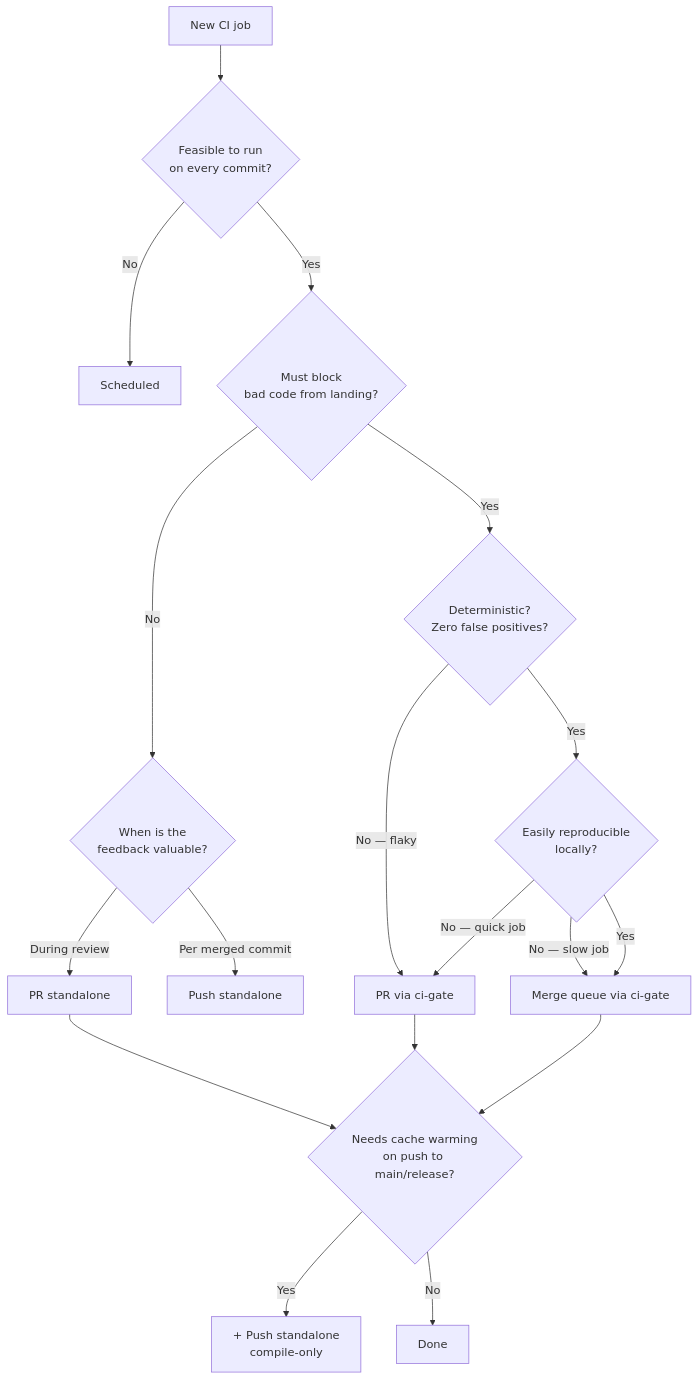
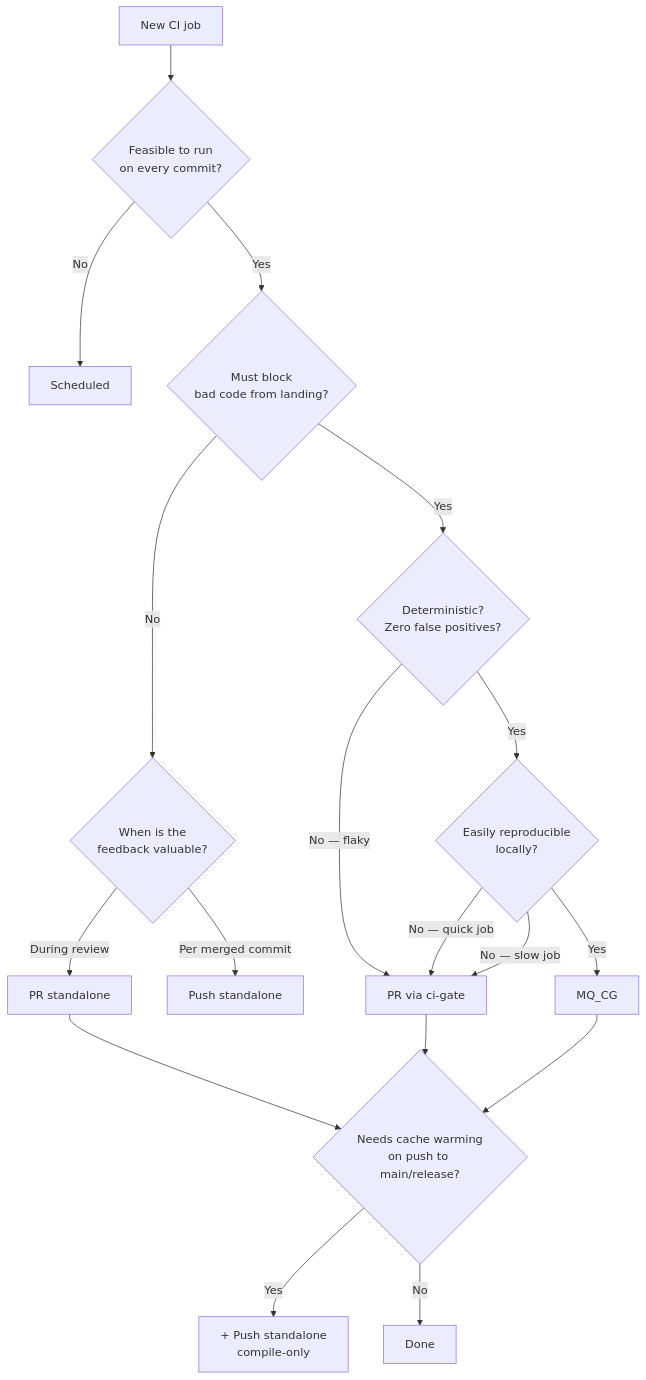
The diagram in CI-GUIDELINES.md (erigontech/erigon), drawn with Mermaid before and after one commit.

Commit message:
CI-GUIDELINES: fix decision tree contradiction for slow non-reproducible jobs
Non-reproducible jobs belong in the PR bucket regardless of speed,
consistent with the Merge queue section's contract.

````diff
--- a/CI-GUIDELINES.md
+++ b/CI-GUIDELINES.md
@@ -5,24 +5,24 @@
 ```mermaid
 flowchart TD
     A[New CI job] --> B{Feasible to run\non every commit?}
     B -->|No| SCHED[Scheduled]
     B -->|Yes| C{Must block\nbad code from landing?}
 
     C -->|No| D{When is the\nfeedback valuable?}
     D -->|During review| PR_SA[PR standalone]
     D -->|Per merged commit| PUSH_SA[Push standalone]
 
     C -->|Yes| E{Deterministic?\nZero false positives?}
     E -->|No — flaky| PR_CG[PR via ci-gate]
     E -->|Yes| F{Easily reproducible\nlocally?}
 
     F -->|No — quick job| PR_CG
-    F -->|No — slow job| MQ_CG[Merge queue via ci-gate]
+    F -->|No — slow job| PR_CG
     F -->|Yes| MQ_CG
 
     PR_SA --> G{Needs cache warming\non push to main/release?}
     PR_CG --> G
     MQ_CG --> G
     G -->|Yes| PUSH_SA2[+ Push standalone\ncompile-only]
     G -->|No| DONE[Done]
 ```
````
